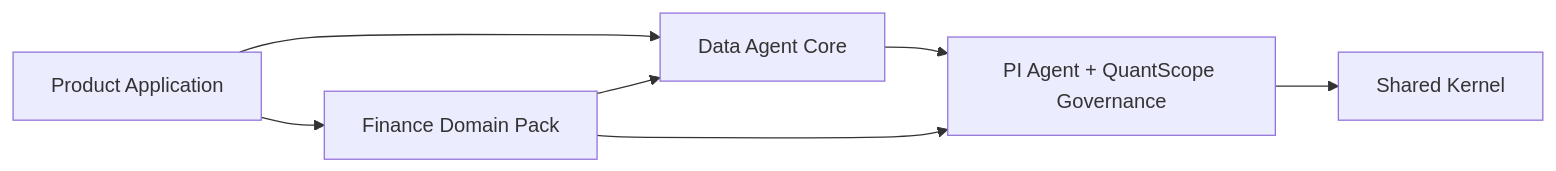
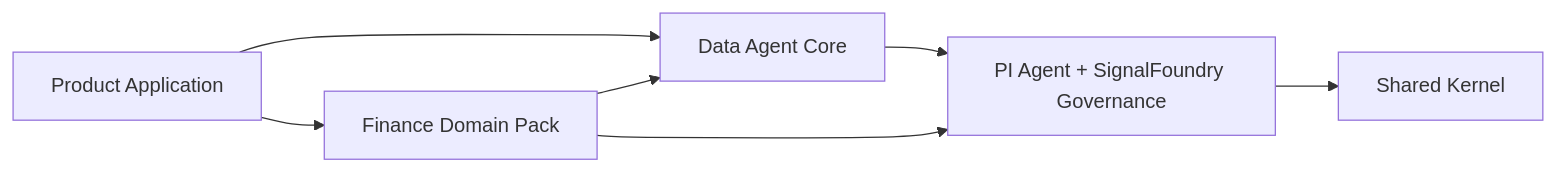
One commit to PeaceMaker-best/QuantPilot changed the diagram in docs/data-agent-architecture.md. Above: the diagram before and after it, drawn with Mermaid. The commit also changed other lines of this file and 205 other files, not shown here.

Commit message:
Rebrand project as SignalFoundry

````diff
--- a/docs/data-agent-architecture.md
+++ b/docs/data-agent-architecture.md
@@ -29,9 +29,9 @@
 ```mermaid
 flowchart LR
   APP[Product Application] --> DA[Data Agent Core]
   APP --> FD[Finance Domain Pack]
   FD --> DA
-  DA --> MA[PI Agent + QuantScope Governance]
+  DA --> MA[PI Agent + SignalFoundry Governance]
   FD --> MA
   MA --> SK[Shared Kernel]
 ```
````
